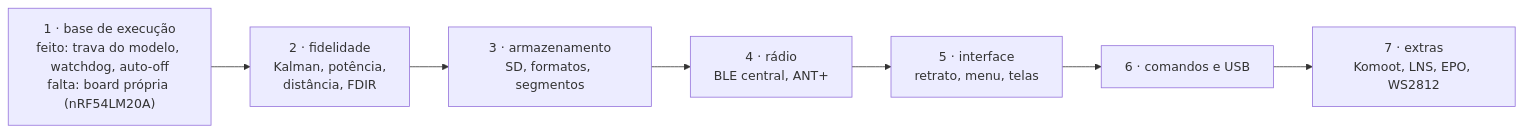
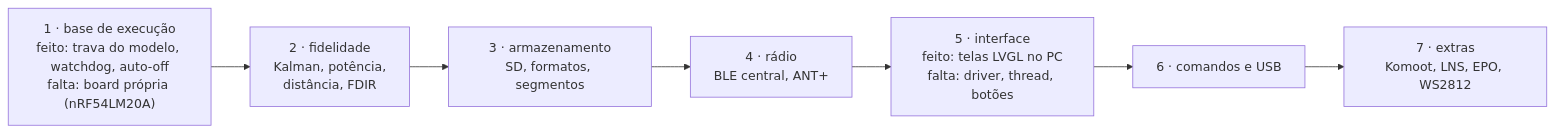
Before and after one commit to Guiimartinho/gnss-bike-computer: the second of 2 diagrams in CLAUDE.md, drawn with Mermaid. The commit also changed other lines of this file and 63 other files, not shown here.

````diff
--- a/CLAUDE.md
+++ b/CLAUDE.md
@@ -99,9 +101,9 @@
 ```mermaid
 flowchart LR
     A["1 · base de execução<br/>feito: trava do modelo, watchdog, auto-off<br/>falta: board própria (nRF54LM20A)"] --> B["2 · fidelidade<br/>Kalman, potência,<br/>distância, FDIR"]
     B --> C["3 · armazenamento<br/>SD, formatos, segmentos"]
     C --> D["4 · rádio<br/>BLE central, ANT+"]
-    D --> E["5 · interface<br/>retrato, menu, telas"]
+    D --> E["5 · interface<br/>feito: telas LVGL no PC<br/>falta: driver, thread, botões"]
     E --> F["6 · comandos e USB"]
     F --> G["7 · extras<br/>Komoot, LNS, EPO, WS2812"]
 ```
````
